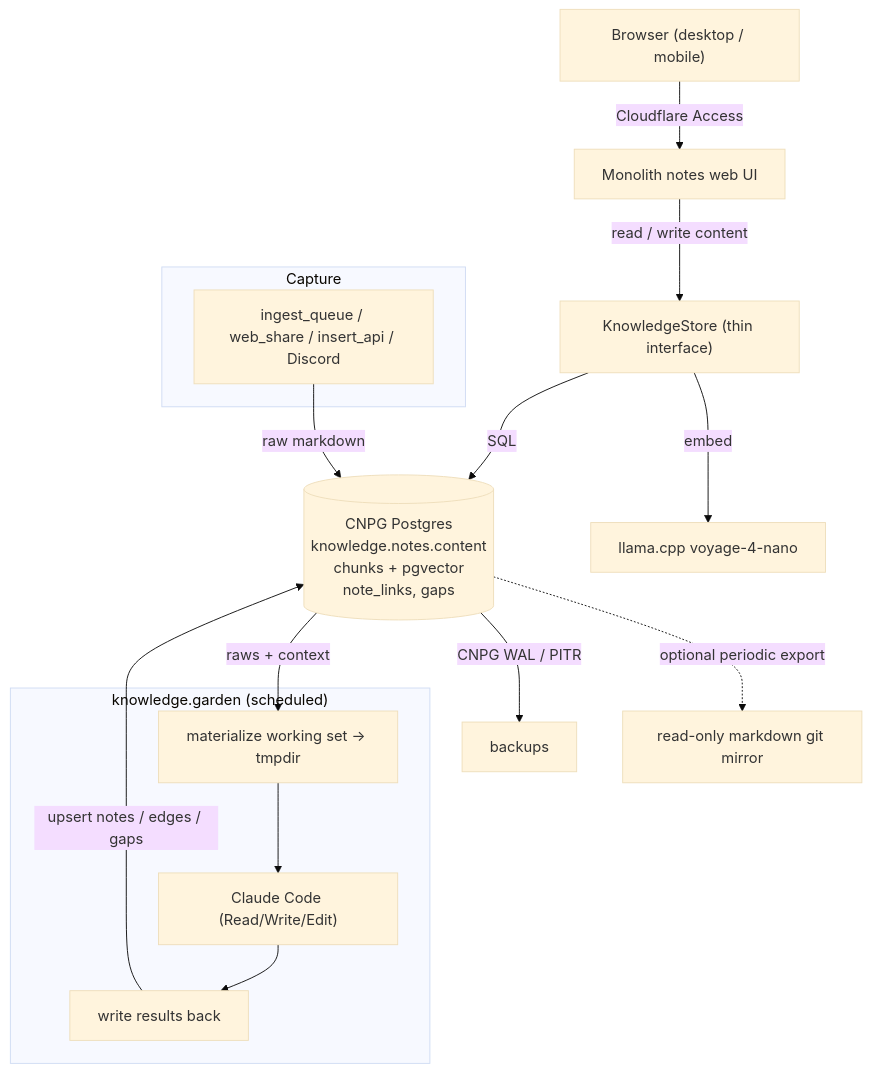
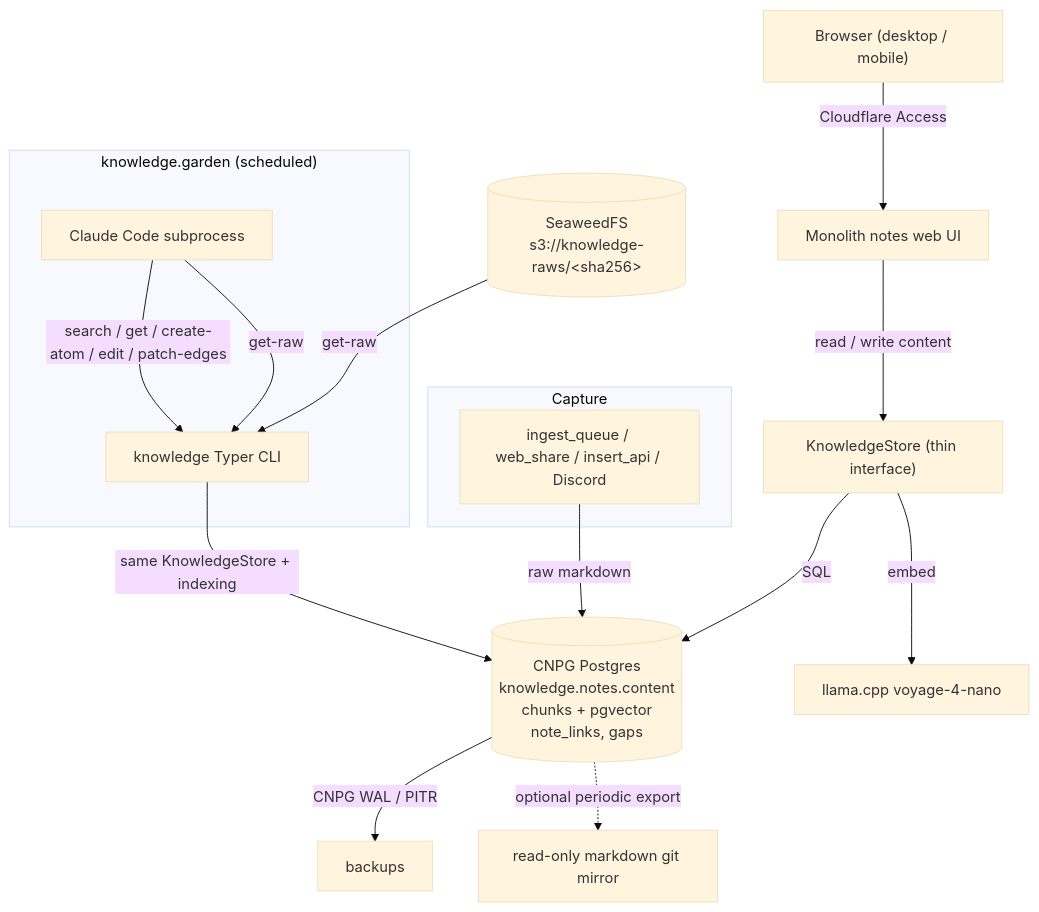
The diagram in docs/decisions/platform/006-obsidian-decommission-postgres-interim.md (jomcgi-org/homelab), drawn with Mermaid (base theme) before and after one commit. The commit also changed other lines of this file and 1 other file, not shown here.

````diff
--- a/docs/decisions/platform/006-obsidian-decommission-postgres-interim.md
+++ b/docs/decisions/platform/006-obsidian-decommission-postgres-interim.md
@@ -64,22 +66,22 @@
 ```mermaid
 graph TB
     Browser["Browser (desktop / mobile)"] -->|Cloudflare Access| WebUI["Monolith notes web UI"]
     WebUI -->|read / write content| Store["KnowledgeStore (thin interface)"]
     Store -->|SQL| PG[("CNPG Postgres<br/>knowledge.notes.content<br/>chunks + pgvector<br/>note_links, gaps")]
     Store -->|embed| LLAMA["llama.cpp voyage-4-nano"]
 
     subgraph Capture
       IQ["ingest_queue / web_share / insert_api / Discord"]
     end
     IQ -->|raw markdown| PG
 
     subgraph Gardener["knowledge.garden (scheduled)"]
-      MAT["materialize working set -> tmpdir"] --> CC["Claude Code (Read/Write/Edit)"]
-      CC --> WB["write results back"]
+      CC["Claude Code subprocess"] -->|search / get / create-atom / edit / patch-edges| CLI["knowledge Typer CLI"]
+      CC -->|get-raw| CLI
     end
-    PG -->|raws + context| MAT
-    WB -->|upsert notes / edges / gaps| PG
+    CLI -->|same KnowledgeStore + indexing| PG
+    RAW[("SeaweedFS<br/>s3://knowledge-raws/&lt;sha256&gt;")] -->|get-raw| CLI
 
     PG -->|CNPG WAL / PITR| BK["backups"]
     PG -.->|optional periodic export| GIT["read-only markdown git mirror"]
 ```
````
